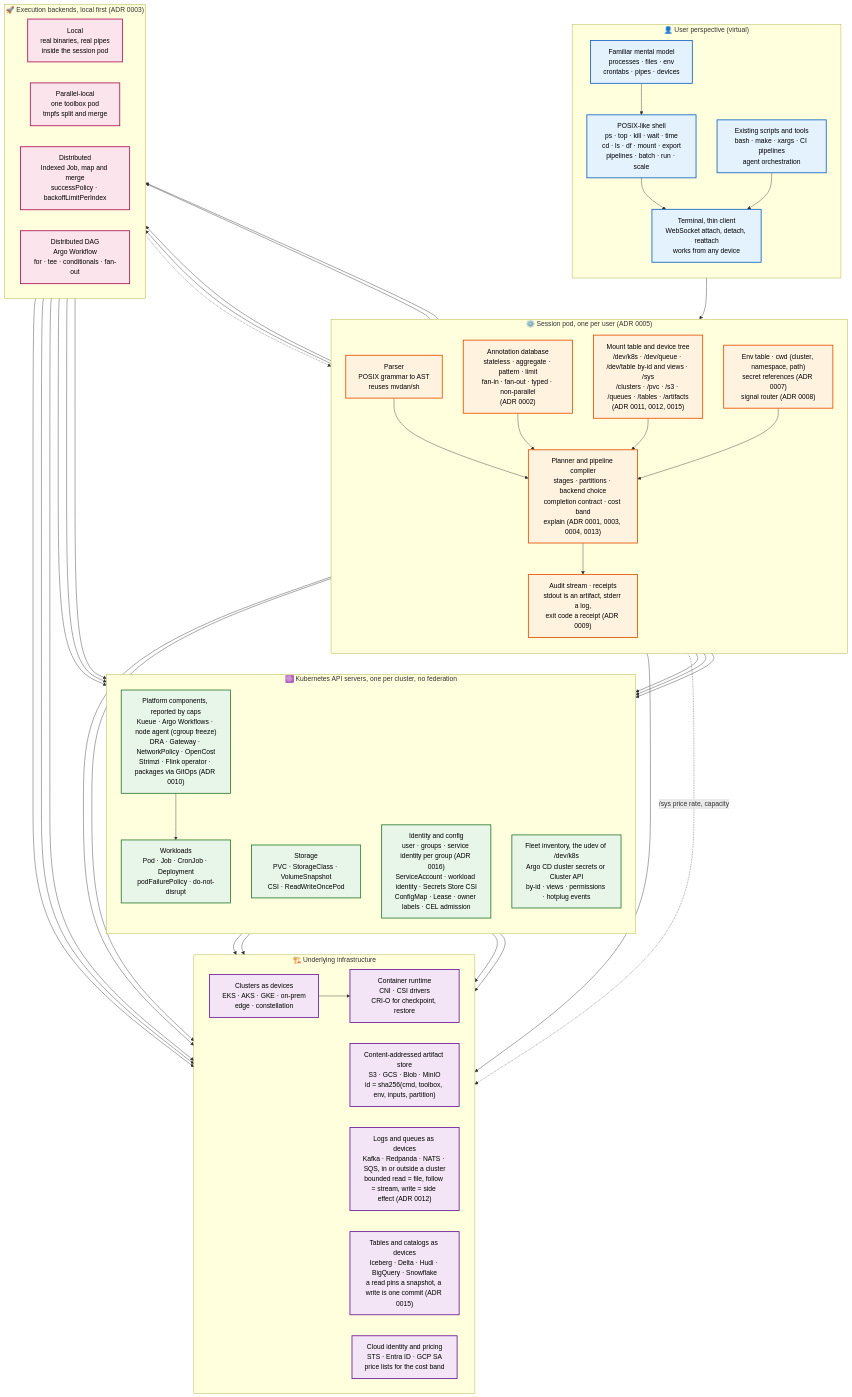
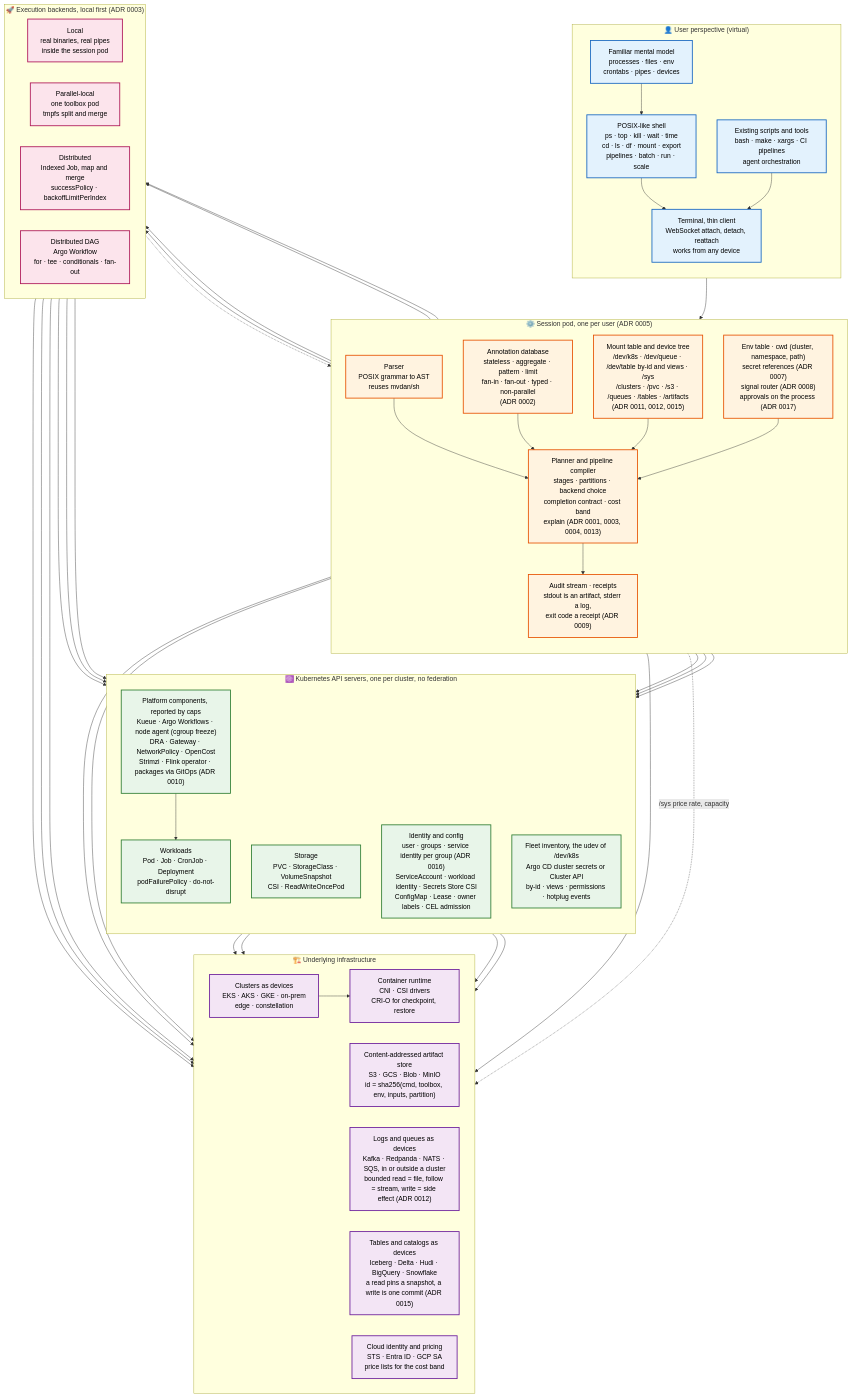
One commit to marcioyoshida/Convoy-Fleet-Manager changed the diagram in README.md. Above: the diagram before and after it, drawn with Mermaid. The commit also changed other lines of this file and 8 other files, not shown here.

First line of the commit message:
Draft ADR 0017: an approval is an object on the process

```diff
--- a/README.md
+++ b/README.md
@@ -92,7 +92,7 @@
         Planner["Planner and pipeline compiler<br/>stages · partitions · backend choice<br/>completion contract · cost band<br/>explain (ADR 0001, 0003, 0004, 0013)"]
         Annot["Annotation database<br/>stateless · aggregate · pattern · limit<br/>fan-in · fan-out · typed · non-parallel<br/>(ADR 0002)"]
         Mounts["Mount table and device tree<br/>/dev/k8s · /dev/queue · /dev/table by-id and views · /sys<br/>/clusters · /pvc · /s3 · /queues · /tables · /artifacts<br/>(ADR 0011, 0012, 0015)"]
-        State["Env table · cwd (cluster, namespace, path)<br/>secret references (ADR 0007)<br/>signal router (ADR 0008)"]
+        State["Env table · cwd (cluster, namespace, path)<br/>secret references (ADR 0007)<br/>signal router (ADR 0008)<br/>approvals on the process (ADR 0017)"]
         Audit["Audit stream · receipts<br/>stdout is an artifact, stderr a log,<br/>exit code a receipt (ADR 0009)"]
     end
 
```
